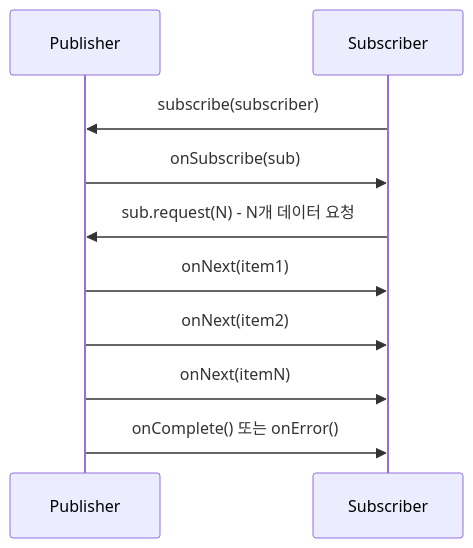
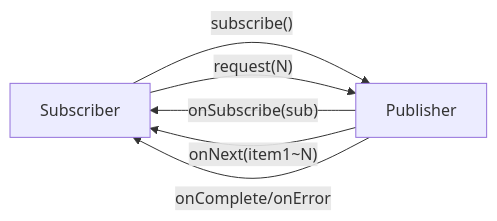
Before and after one commit to yjkim2015/yjkim2015.github.io: the third of 9 diagrams in _posts/spring/2026-05-01-spring-webflux.md, drawn with Mermaid. The commit also changed 32 other files, not shown here.

First line of the commit message:
sequenceDiagram 82개 → graph LR 변환 완료

````diff
--- a/_posts/spring/2026-05-01-spring-webflux.md
+++ b/_posts/spring/2026-05-01-spring-webflux.md
@@ -103,12 +103,8 @@
 ```mermaid
-sequenceDiagram
-    participant P as Publisher
-    participant S as Subscriber
-    S->>P: subscribe(subscriber)
-    P->>S: onSubscribe(sub)
-    S->>P: sub.request(N) - N개 데이터 요청
-    P->>S: onNext(item1)
-    P->>S: onNext(item2)
-    P->>S: onNext(itemN)
-    P->>S: onComplete() 또는 onError()
+graph LR
+    S["Subscriber"] -->|"subscribe()"| P["Publisher"]
+    P -->|"onSubscribe(sub)"| S
+    S -->|"request(N)"| P
+    P -->|"onNext(item1~N)"| S
+    P -->|"onComplete/onError"| S
 ```
````
